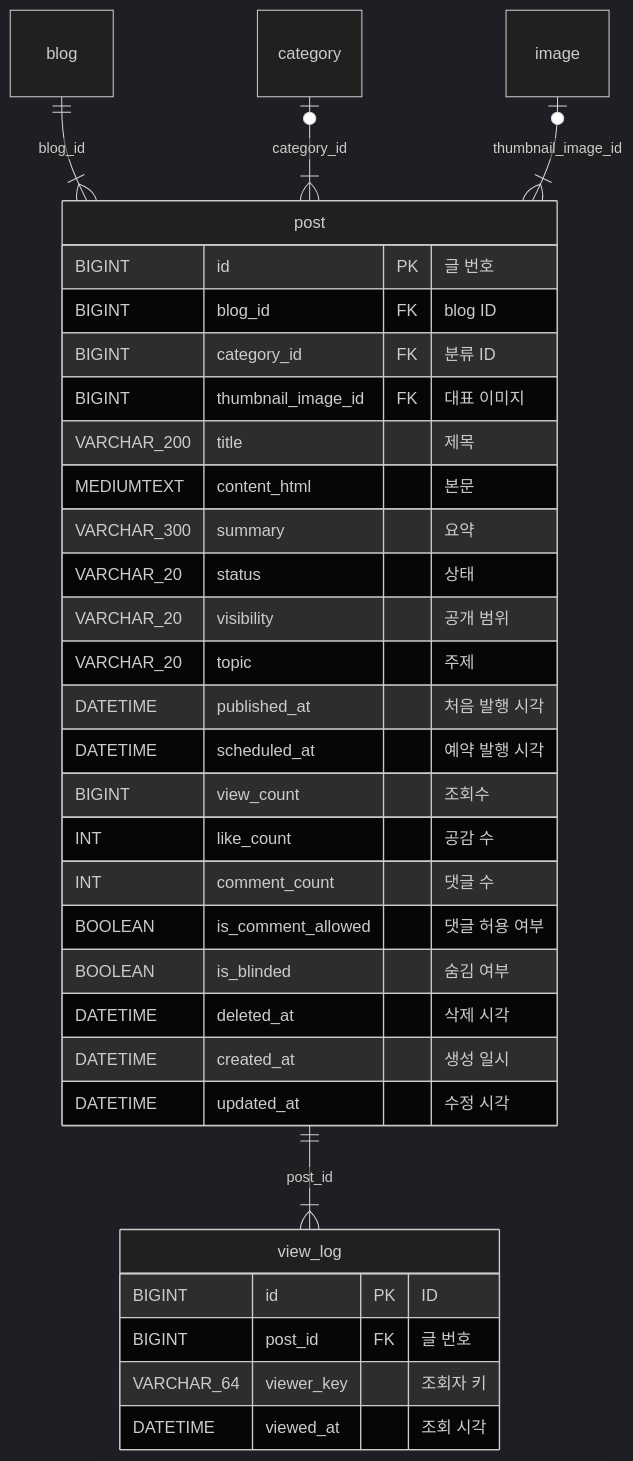
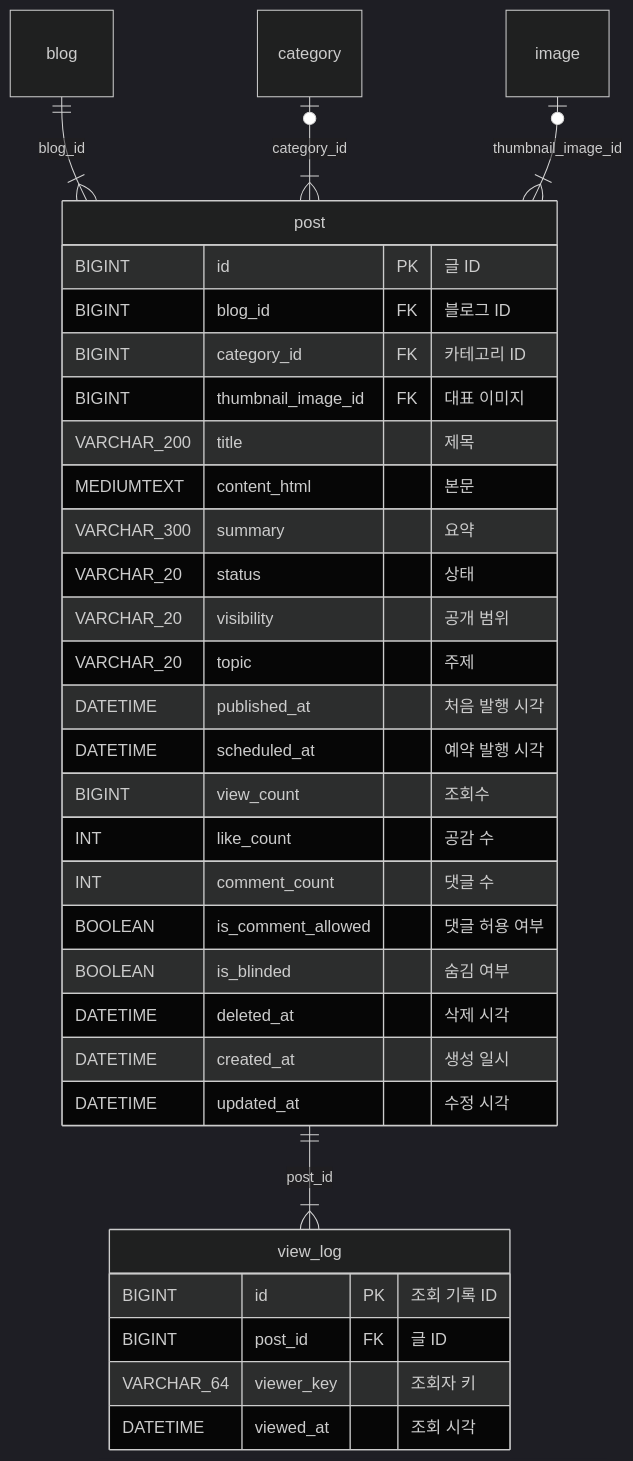
The fourth of 7 diagrams in specs/001-tistory-blog/erd/README.md (blog-hjiwon203/blog-docs), drawn with Mermaid (dark theme) before and after one commit. The commit also changed other lines of this file and 2 other files, not shown here.

First line of the commit message:
ERD id 논리명을 '<테이블명> ID'로 맞춤

````diff
--- a/specs/001-tistory-blog/erd/README.md
+++ b/specs/001-tistory-blog/erd/README.md
@@ -387,35 +387,35 @@
 ```mermaid
 erDiagram
     post {
-        BIGINT id PK "글 번호"
-        BIGINT blog_id FK "blog ID"
-        BIGINT category_id FK "분류 ID"
+        BIGINT id PK "글 ID"
+        BIGINT blog_id FK "블로그 ID"
+        BIGINT category_id FK "카테고리 ID"
         BIGINT thumbnail_image_id FK "대표 이미지"
         VARCHAR_200 title "제목"
         MEDIUMTEXT content_html "본문"
         VARCHAR_300 summary "요약"
         VARCHAR_20 status "상태"
         VARCHAR_20 visibility "공개 범위"
         VARCHAR_20 topic "주제"
         DATETIME published_at "처음 발행 시각"
         DATETIME scheduled_at "예약 발행 시각"
         BIGINT view_count "조회수"
         INT like_count "공감 수"
         INT comment_count "댓글 수"
         BOOLEAN is_comment_allowed "댓글 허용 여부"
         BOOLEAN is_blinded "숨김 여부"
         DATETIME deleted_at "삭제 시각"
         DATETIME created_at "생성 일시"
         DATETIME updated_at "수정 시각"
     }
     view_log {
-        BIGINT id PK "ID"
-        BIGINT post_id FK "글 번호"
+        BIGINT id PK "조회 기록 ID"
+        BIGINT post_id FK "글 ID"
         VARCHAR_64 viewer_key "조회자 키"
         DATETIME viewed_at "조회 시각"
     }
     blog ||--|{ post : "blog_id"
     category |o--|{ post : "category_id"
     image |o--|{ post : "thumbnail_image_id"
     post ||--|{ view_log : "post_id"
 ```
````
